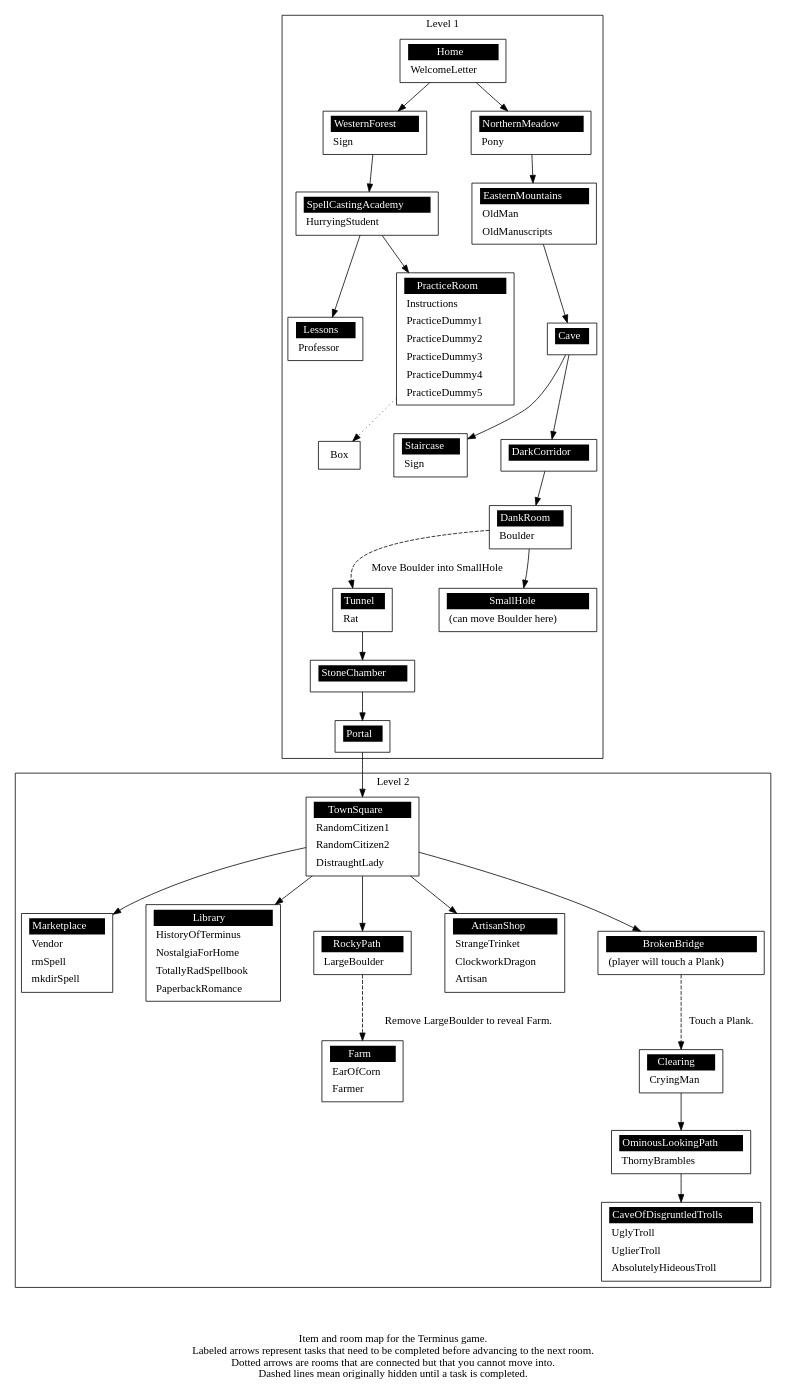
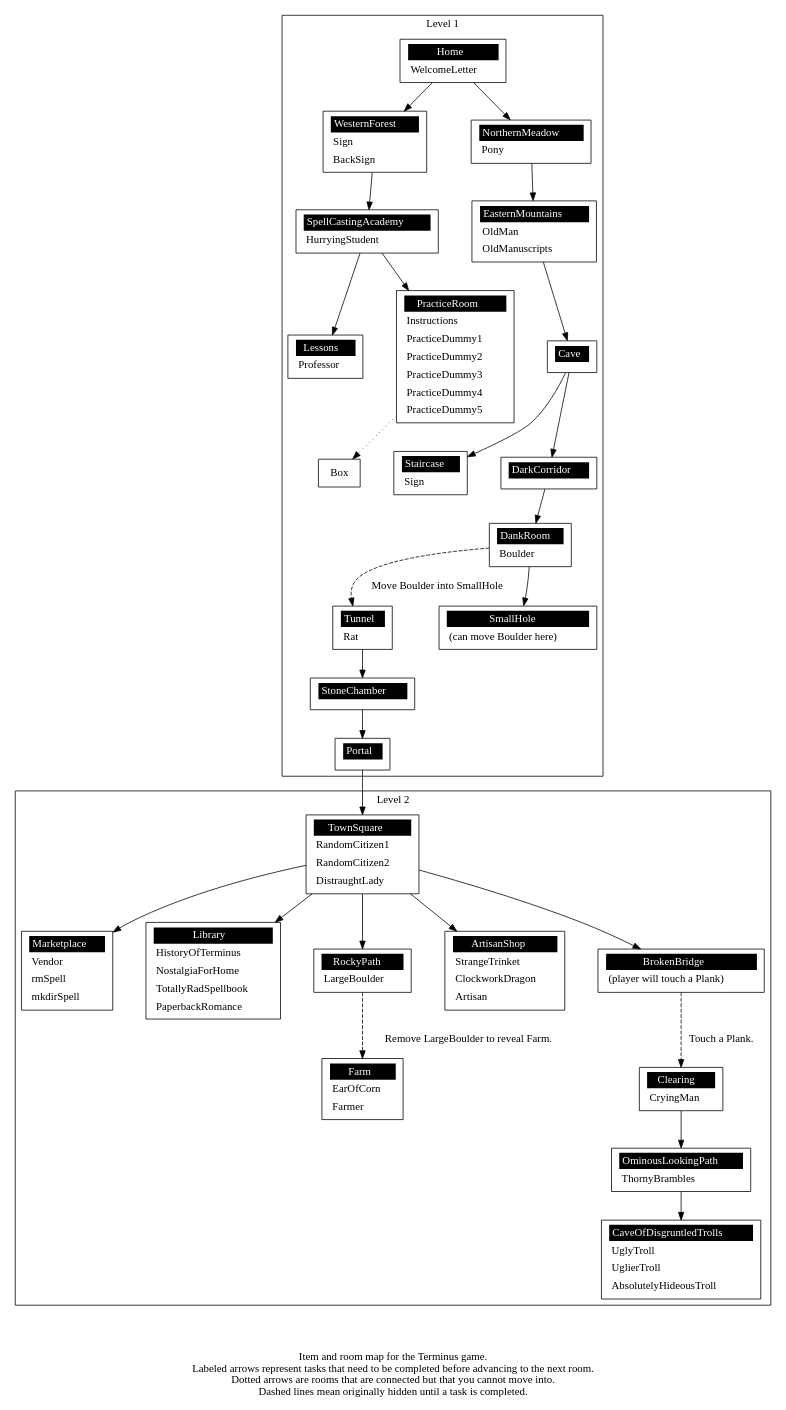
Before and after one commit to mprat/Terminus: the diagram in docs/level_map.gv, drawn with Graphviz. The commit also changed 3 other files, not shown here.

```diff
--- a/docs/level_map.gv
+++ b/docs/level_map.gv
@@ -19,6 +19,7 @@
 	<<table border="0" cellborder="0" cellpadding="3" bgcolor="white"><tr>
 	<td bgcolor="black" align="center" colspan="2"><font color="white">WesternForest</font></td></tr><tr>
 	<td align="left" port="r0">Sign</td></tr>
+	<tr><td align="left" port="r1">BackSign</td></tr>
 	</table>>];
 
 	"NorthernMeadow" [label = 
```
